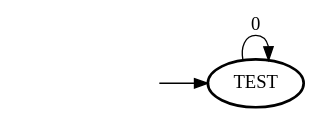
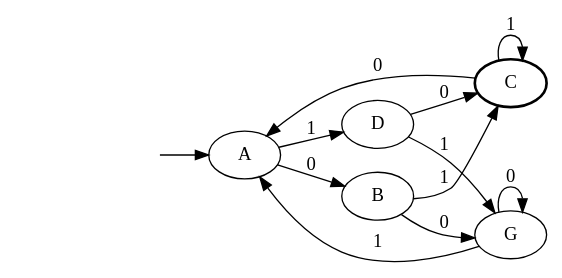
The diagram in af1.dot (Nikephore/GJA-J_07_2), drawn with Graphviz before and after one commit. The commit also changed 4 other files, not shown here.

```diff
--- a/af1.dot
+++ b/af1.dot
@@ -1,6 +1,19 @@
 digraph af1  { rankdir=LR;
 	_invisible [style="invis"];
-	TEST [penwidth="2"];
-	_invisible -> TEST ;
-	TEST -> TEST [label="0"];
+	C [penwidth="2"];
+	A;
+	G;
+	B;
+	D;
+	_invisible -> A ;
+	C -> A [label="0"];
+	C -> C [label="1"];
+	A -> B [label="0"];
+	A -> D [label="1"];
+	G -> G [label="0"];
+	G -> A [label="1"];
+	B -> G [label="0"];
+	B -> C [label="1"];
+	D -> C [label="0"];
+	D -> G [label="1"];
 }
```
